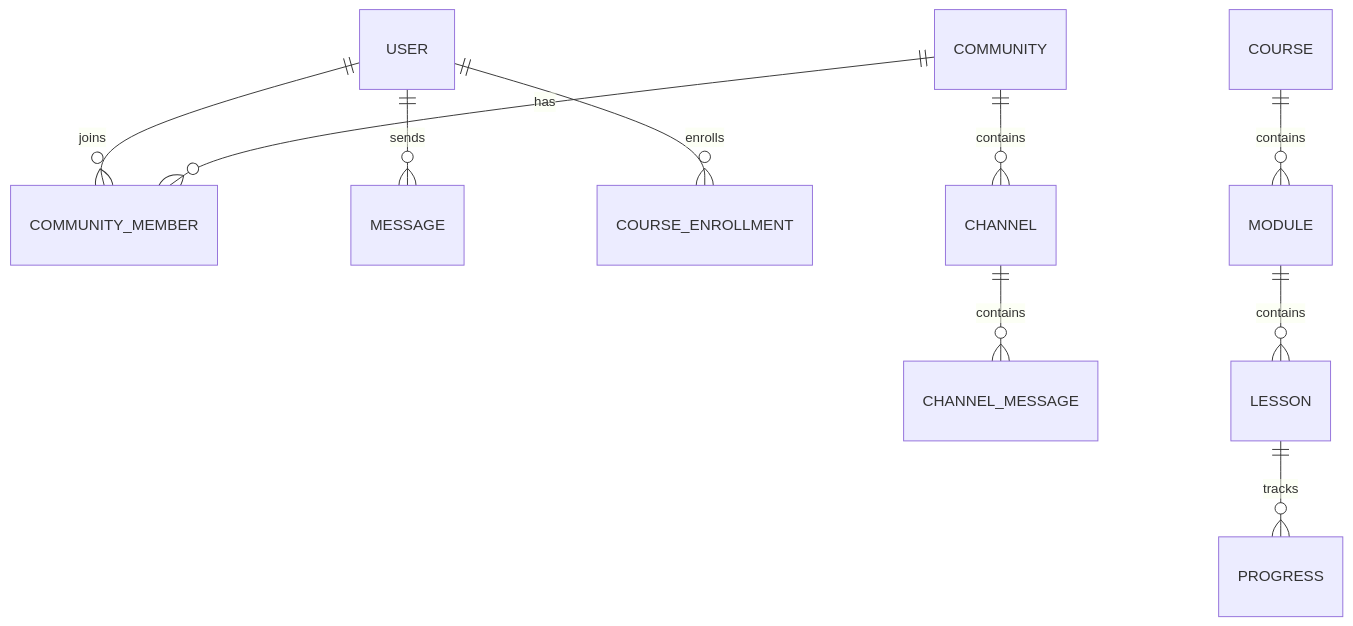
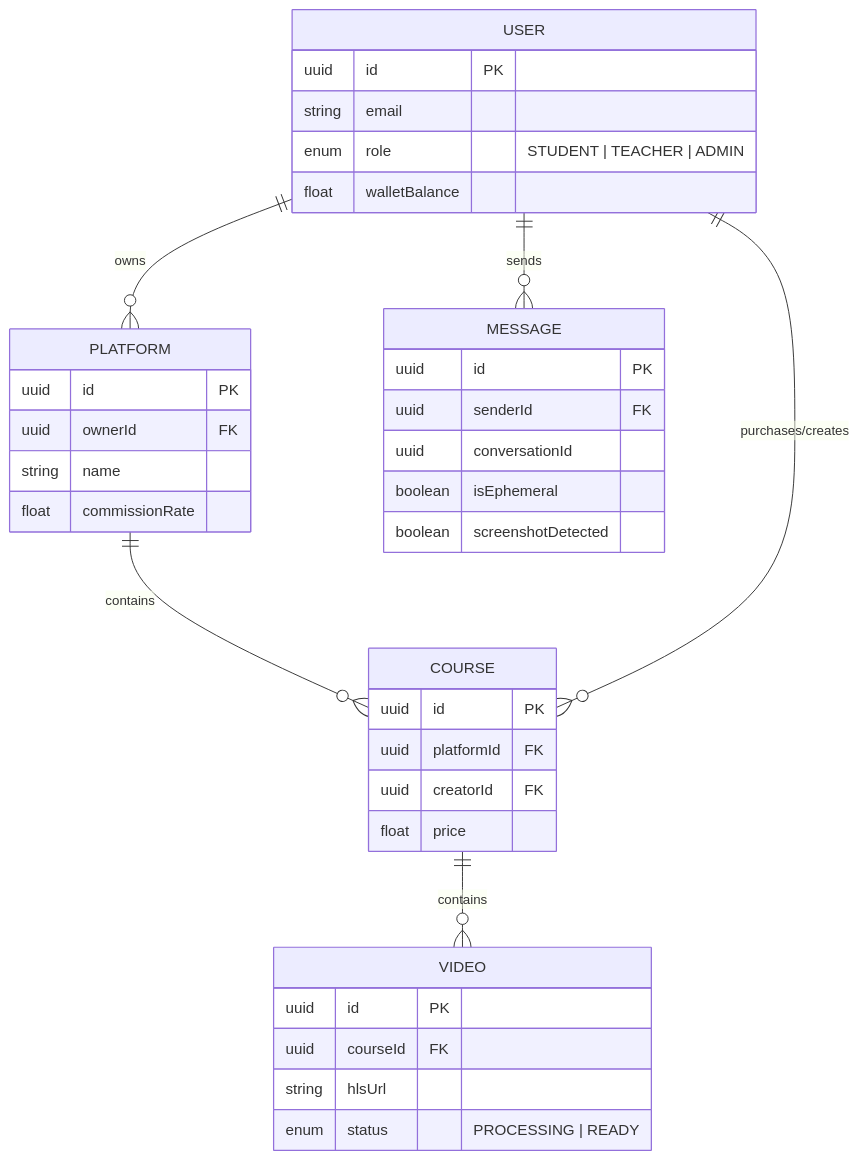
The third of 3 diagrams in README.md (safwetshazly-stack/scs-2), drawn with Mermaid before and after one commit. The commit also changed other lines of this file and 24 other files, not shown here.

````diff
--- a/README.md
+++ b/README.md
@@ -70,14 +65,40 @@
 ```mermaid
 erDiagram
-    USER ||--o{ COMMUNITY_MEMBER : joins
-    USER ||--o{ MESSAGE : sends
-    USER ||--o{ COURSE_ENROLLMENT : enrolls
-    
-    COMMUNITY ||--o{ COMMUNITY_MEMBER : has
-    COMMUNITY ||--o{ CHANNEL : contains
-    CHANNEL ||--o{ CHANNEL_MESSAGE : contains
-    
-    COURSE ||--o{ MODULE : contains
-    MODULE ||--o{ LESSON : contains
-    LESSON ||--o{ PROGRESS : tracks
+    USER {
+        uuid id PK
+        string email
+        enum role "STUDENT | TEACHER | ADMIN"
+        float walletBalance
+    }
+    PLATFORM {
+        uuid id PK
+        uuid ownerId FK
+        string name
+        float commissionRate
+    }
+    COURSE {
+        uuid id PK
+        uuid platformId FK
+        uuid creatorId FK
+        float price
+    }
+    VIDEO {
+        uuid id PK
+        uuid courseId FK
+        string hlsUrl
+        enum status "PROCESSING | READY"
+    }
+    MESSAGE {
+        uuid id PK
+        uuid senderId FK
+        uuid conversationId
+        boolean isEphemeral
+        boolean screenshotDetected
+    }
+
+    USER ||--o{ PLATFORM : "owns"
+    PLATFORM ||--o{ COURSE : "contains"
+    USER ||--o{ COURSE : "purchases/creates"
+    COURSE ||--o{ VIDEO : "contains"
+    USER ||--o{ MESSAGE : "sends"
 ```
````
